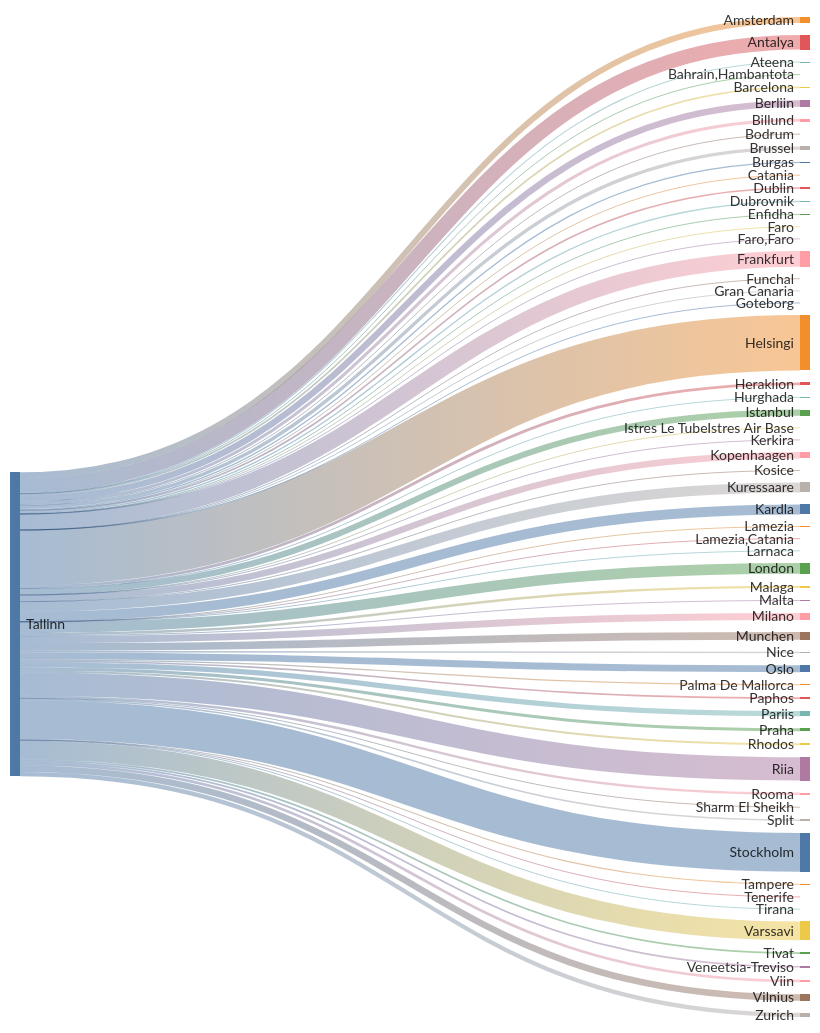
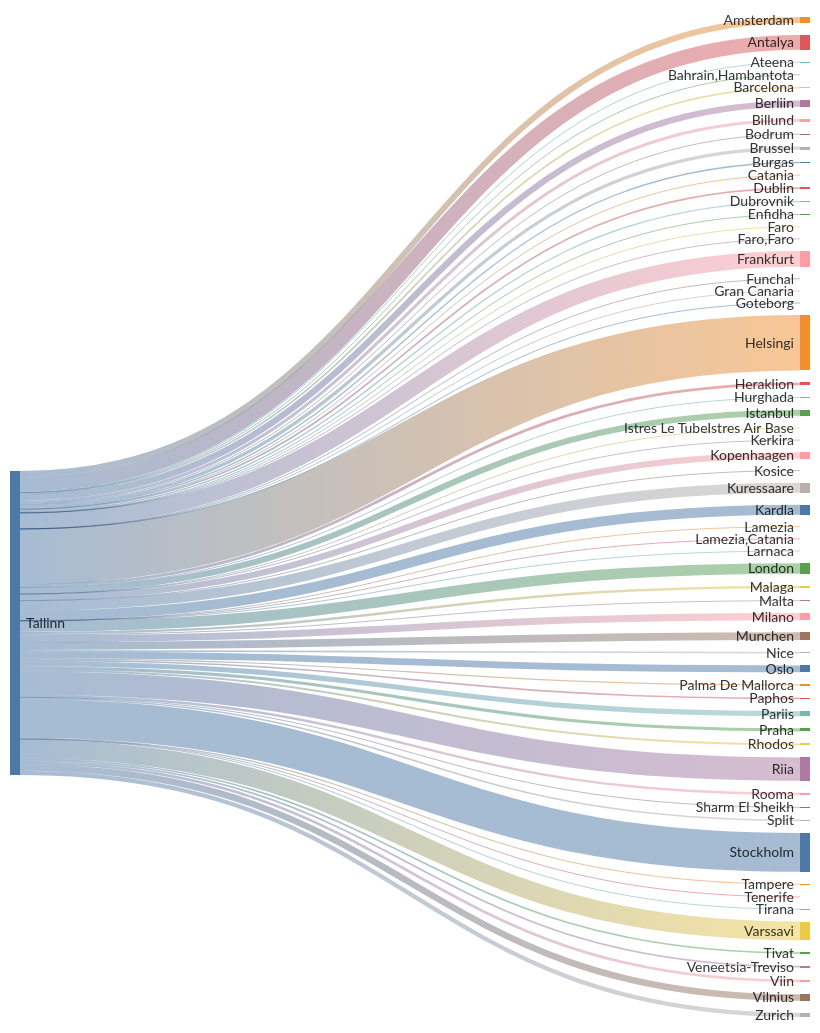
Before and after one commit to rainermesi/tll-airport-departures: the second of 2 diagrams in README.md, drawn with Mermaid. The commit also changed other lines of this file, not shown here.

````diff
--- a/README.md
+++ b/README.md
@@ -34,72 +34,72 @@
 ```mermaid
 ---
 config:
   sankey:
     showValues: false
     width: 800
     height: 1000
 ---
 sankey-beta
 %% source,target,value
-Tallinn,Amsterdam,95
-Tallinn,Antalya,230
+Tallinn,Amsterdam,96
+Tallinn,Antalya,233
 Tallinn,Ateena,16
 Tallinn,"Bahrain,Hambantota",1
 Tallinn,Barcelona,27
-Tallinn,Berliin,101
+Tallinn,Berliin,102
 Tallinn,Billund,49
 Tallinn,Bodrum,11
 Tallinn,Brussel,53
 Tallinn,Burgas,21
 Tallinn,Catania,2
-Tallinn,Dublin,26
+Tallinn,Dublin,27
 Tallinn,Dubrovnik,21
 Tallinn,Enfidha,7
 Tallinn,Faro,4
 Tallinn,"Faro,Faro",1
-Tallinn,Frankfurt,250
+Tallinn,Frankfurt,252
 Tallinn,Funchal,2
 Tallinn,Gran Canaria,2
 Tallinn,Goteborg,1
-Tallinn,Helsingi,881
+Tallinn,Helsingi,887
 Tallinn,Heraklion,46
-Tallinn,Hurghada,4
-Tallinn,Istanbul,97
+Tallinn,Hurghada,7
+Tallinn,Istanbul,98
 Tallinn,Istres Le TubeIstres Air Base,2
 Tallinn,Kerkira,4
 Tallinn,Kopenhaagen,102
 Tallinn,Kosice,1
-Tallinn,Kuressaare,159
-Tallinn,Kardla,159
+Tallinn,Kuressaare,160
+Tallinn,Kardla,160
 Tallinn,Lamezia,1
 Tallinn,"Lamezia,Catania",3
 Tallinn,Larnaca,4
-Tallinn,London,169
+Tallinn,London,171
 Tallinn,Malaga,39
-Tallinn,Malta,13
-Tallinn,Milano,112
-Tallinn,Munchen,123
+Tallinn,Malta,14
+Tallinn,Milano,113
+Tallinn,Munchen,124
 Tallinn,Nice,25
 Tallinn,Oslo,110
 Tallinn,Palma De Mallorca,19
 Tallinn,Paphos,26
 Tallinn,Pariis,83
 Tallinn,Praha,49
 Tallinn,Rhodos,32
-Tallinn,Riia,369
+Tallinn,Riia,373
 Tallinn,Rooma,39
 Tallinn,Sharm El Sheikh,7
 Tallinn,Split,25
-Tallinn,Stockholm,616
+Tallinn,Stockholm,619
 Tallinn,Tampere,17
 Tallinn,Tenerife,3
 Tallinn,Tirana,8
 Tallinn,Tivat,26
-Tallinn,Varssavi,298
+Tallinn,Varssavi,300
 Tallinn,Veneetsia-Treviso,27
-Tallinn,Viin,43
+Tallinn,Viin,44
 Tallinn,Vilnius,104
-Tallinn,Zurich,68
+Tallinn,Zurich,69
 
 
 ```
````
